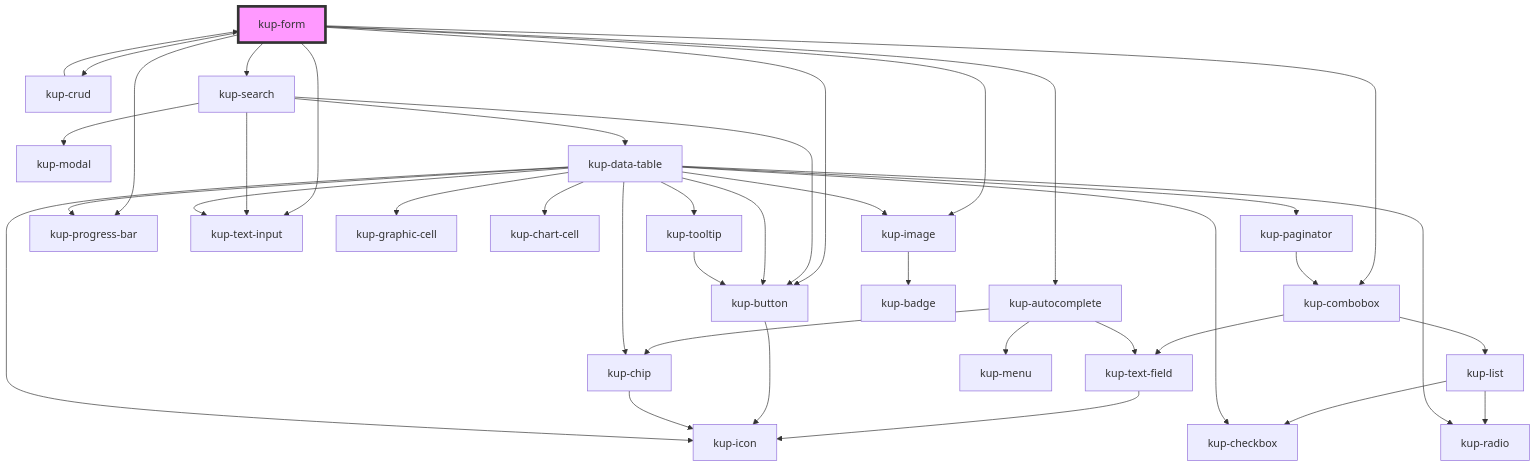
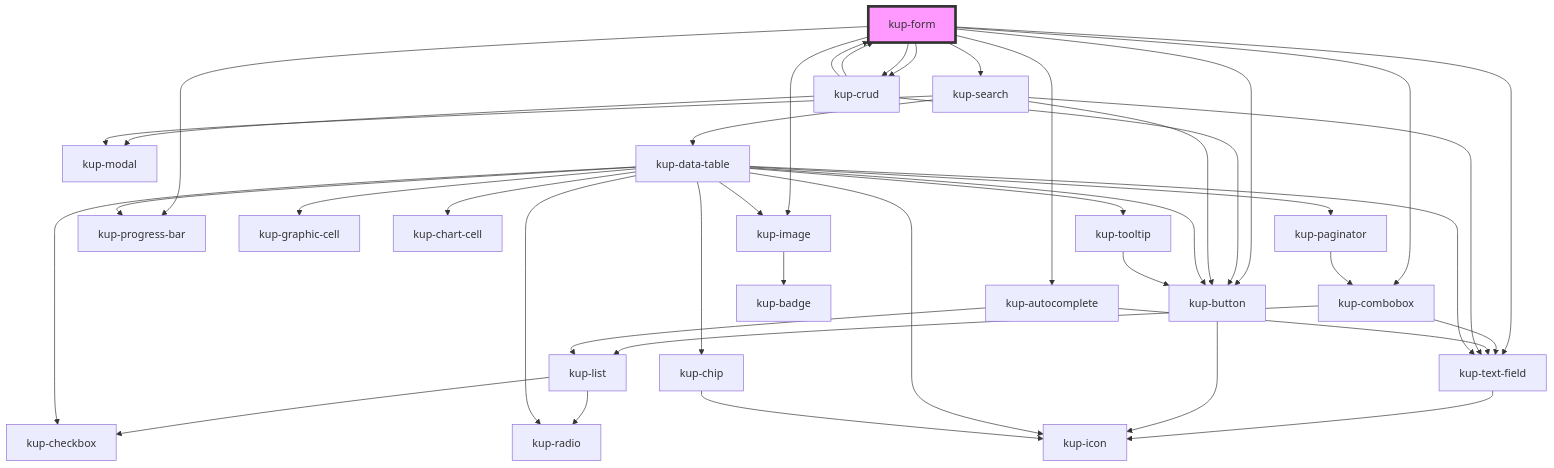
Before and after one commit to smeup/ketchup: the diagram in packages/ketchup/src/components/kup-form/readme.md, drawn with Mermaid. The commit also changed other lines of this file and 32 other files, not shown here.

Commit message:
Rendamed kup-fld to kup-field. Implented field showcase.

````diff
--- a/packages/ketchup/src/components/kup-form/readme.md
+++ b/packages/ketchup/src/components/kup-form/readme.md
@@ -131,42 +132,45 @@
 ```mermaid
 graph TD;
   kup-form --> kup-combobox
   kup-form --> kup-crud
   kup-form --> kup-autocomplete
   kup-form --> kup-search
   kup-form --> kup-image
   kup-form --> kup-progress-bar
-  kup-form --> kup-text-input
+  kup-form --> kup-text-field
   kup-form --> kup-button
+  kup-form --> kup-crud
   kup-combobox --> kup-text-field
   kup-combobox --> kup-list
   kup-text-field --> kup-icon
   kup-list --> kup-radio
   kup-list --> kup-checkbox
+  kup-crud --> kup-button
+  kup-crud --> kup-modal
+  kup-crud --> kup-form
   kup-crud --> kup-form
   kup-button --> kup-icon
-  kup-autocomplete --> kup-chip
   kup-autocomplete --> kup-text-field
-  kup-autocomplete --> kup-menu
-  kup-chip --> kup-icon
-  kup-search --> kup-text-input
+  kup-autocomplete --> kup-list
+  kup-search --> kup-text-field
   kup-search --> kup-button
   kup-search --> kup-modal
   kup-search --> kup-data-table
   kup-data-table --> kup-checkbox
-  kup-data-table --> kup-text-input
+  kup-data-table --> kup-text-field
   kup-data-table --> kup-icon
   kup-data-table --> kup-image
   kup-data-table --> kup-button
   kup-data-table --> kup-graphic-cell
   kup-data-table --> kup-chart-cell
   kup-data-table --> kup-progress-bar
   kup-data-table --> kup-radio
   kup-data-table --> kup-tooltip
   kup-data-table --> kup-paginator
   kup-data-table --> kup-chip
   kup-image --> kup-badge
   kup-tooltip --> kup-button
   kup-paginator --> kup-combobox
+  kup-chip --> kup-icon
   style kup-form fill:#f9f,stroke:#333,stroke-width:4px
 ```
````
